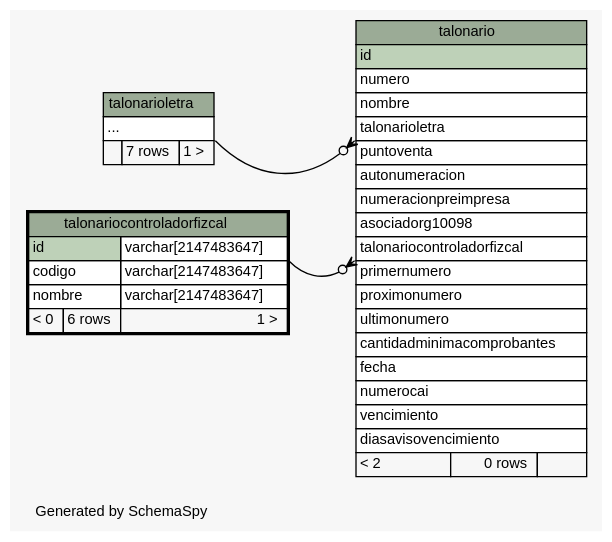
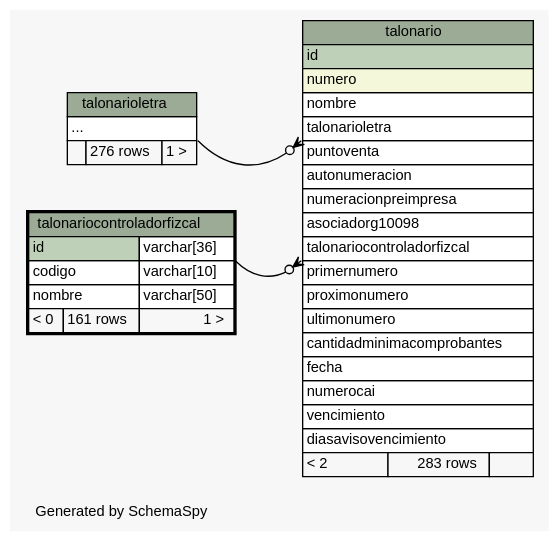
Before and after one commit to diegopablomansilla/massoftware_front: the diagram in postgresql/schemaSpy/salida/diagrams/talonariocontroladorfizcal.2degrees.dot, drawn with Graphviz. The commit also changed 162 other files, not shown here.

```diff
--- a/postgresql/schemaSpy/salida/diagrams/talonariocontroladorfizcal.2degrees.dot
+++ b/postgresql/schemaSpy/salida/diagrams/talonariocontroladorfizcal.2degrees.dot
@@ -1,72 +1,72 @@
 // dot 2.2.1 on Windows 10 10.0
 // SchemaSpy rev 590
 digraph "twoDegreesRelationshipsDiagram" {
   graph [
     rankdir="RL"
     bgcolor="#f7f7f7"
     label="\nGenerated by SchemaSpy"
     labeljust="l"
     nodesep="0.18"
     ranksep="0.46"
     fontname="Helvetica"
     fontsize="11"
   ];
   node [
     fontname="Helvetica"
     fontsize="11"
     shape="plaintext"
   ];
   edge [
     arrowsize="0.8"
   ];
   "talonario":"talonariocontroladorfizcal":sw -> "talonariocontroladorfizcal":"id.type":se [arrowhead=none dir=back arrowtail=crowodot];
   "talonario":"talonarioletra":sw -> "talonarioletra":"elipses":se [arrowhead=none dir=back arrowtail=crowodot];
   "talonario" [
     label=<
     <TABLE BORDER="0" CELLBORDER="1" CELLSPACING="0" BGCOLOR="#ffffff">
       <TR><TD COLSPAN="3" BGCOLOR="#9bab96" ALIGN="CENTER">talonario</TD></TR>
       <TR><TD PORT="id" COLSPAN="3" BGCOLOR="#bed1b8" ALIGN="LEFT">id</TD></TR>
-      <TR><TD PORT="numero" COLSPAN="3" ALIGN="LEFT">numero</TD></TR>
+      <TR><TD PORT="numero" COLSPAN="3" BGCOLOR="#f4f7da" ALIGN="LEFT">numero</TD></TR>
       <TR><TD PORT="nombre" COLSPAN="3" ALIGN="LEFT">nombre</TD></TR>
       <TR><TD PORT="talonarioletra" COLSPAN="3" ALIGN="LEFT">talonarioletra</TD></TR>
       <TR><TD PORT="puntoventa" COLSPAN="3" ALIGN="LEFT">puntoventa</TD></TR>
       <TR><TD PORT="autonumeracion" COLSPAN="3" ALIGN="LEFT">autonumeracion</TD></TR>
       <TR><TD PORT="numeracionpreimpresa" COLSPAN="3" ALIGN="LEFT">numeracionpreimpresa</TD></TR>
       <TR><TD PORT="asociadorg10098" COLSPAN="3" ALIGN="LEFT">asociadorg10098</TD></TR>
       <TR><TD PORT="talonariocontroladorfizcal" COLSPAN="3" ALIGN="LEFT">talonariocontroladorfizcal</TD></TR>
       <TR><TD PORT="primernumero" COLSPAN="3" ALIGN="LEFT">primernumero</TD></TR>
       <TR><TD PORT="proximonumero" COLSPAN="3" ALIGN="LEFT">proximonumero</TD></TR>
       <TR><TD PORT="ultimonumero" COLSPAN="3" ALIGN="LEFT">ultimonumero</TD></TR>
       <TR><TD PORT="cantidadminimacomprobantes" COLSPAN="3" ALIGN="LEFT">cantidadminimacomprobantes</TD></TR>
       <TR><TD PORT="fecha" COLSPAN="3" ALIGN="LEFT">fecha</TD></TR>
       <TR><TD PORT="numerocai" COLSPAN="3" ALIGN="LEFT">numerocai</TD></TR>
       <TR><TD PORT="vencimiento" COLSPAN="3" ALIGN="LEFT">vencimiento</TD></TR>
       <TR><TD PORT="diasavisovencimiento" COLSPAN="3" ALIGN="LEFT">diasavisovencimiento</TD></TR>
-      <TR><TD ALIGN="LEFT" BGCOLOR="#f7f7f7">&lt; 2</TD><TD ALIGN="RIGHT" BGCOLOR="#f7f7f7">0 rows</TD><TD ALIGN="RIGHT" BGCOLOR="#f7f7f7">  </TD></TR>
+      <TR><TD ALIGN="LEFT" BGCOLOR="#f7f7f7">&lt; 2</TD><TD ALIGN="RIGHT" BGCOLOR="#f7f7f7">283 rows</TD><TD ALIGN="RIGHT" BGCOLOR="#f7f7f7">  </TD></TR>
     </TABLE>>
     URL="talonario.html"
     tooltip="talonario"
   ];
   "talonariocontroladorfizcal" [
     label=<
     <TABLE BORDER="2" CELLBORDER="1" CELLSPACING="0" BGCOLOR="#ffffff">
       <TR><TD COLSPAN="3" BGCOLOR="#9bab96" ALIGN="CENTER">talonariocontroladorfizcal</TD></TR>
-      <TR><TD PORT="id" COLSPAN="2" BGCOLOR="#bed1b8" ALIGN="LEFT">id</TD><TD PORT="id.type" ALIGN="LEFT">varchar[2147483647]</TD></TR>
-      <TR><TD PORT="codigo" COLSPAN="2" ALIGN="LEFT">codigo</TD><TD PORT="codigo.type" ALIGN="LEFT">varchar[2147483647]</TD></TR>
-      <TR><TD PORT="nombre" COLSPAN="2" ALIGN="LEFT">nombre</TD><TD PORT="nombre.type" ALIGN="LEFT">varchar[2147483647]</TD></TR>
-      <TR><TD ALIGN="LEFT" BGCOLOR="#f7f7f7">&lt; 0</TD><TD ALIGN="RIGHT" BGCOLOR="#f7f7f7">6 rows</TD><TD ALIGN="RIGHT" BGCOLOR="#f7f7f7">1 &gt;</TD></TR>
+      <TR><TD PORT="id" COLSPAN="2" BGCOLOR="#bed1b8" ALIGN="LEFT">id</TD><TD PORT="id.type" ALIGN="LEFT">varchar[36]</TD></TR>
+      <TR><TD PORT="codigo" COLSPAN="2" ALIGN="LEFT">codigo</TD><TD PORT="codigo.type" ALIGN="LEFT">varchar[10]</TD></TR>
+      <TR><TD PORT="nombre" COLSPAN="2" ALIGN="LEFT">nombre</TD><TD PORT="nombre.type" ALIGN="LEFT">varchar[50]</TD></TR>
+      <TR><TD ALIGN="LEFT" BGCOLOR="#f7f7f7">&lt; 0</TD><TD ALIGN="RIGHT" BGCOLOR="#f7f7f7">161 rows</TD><TD ALIGN="RIGHT" BGCOLOR="#f7f7f7">1 &gt;</TD></TR>
     </TABLE>>
     URL="talonariocontroladorfizcal.html"
     tooltip="talonariocontroladorfizcal"
   ];
   "talonarioletra" [
     label=<
     <TABLE BORDER="0" CELLBORDER="1" CELLSPACING="0" BGCOLOR="#ffffff">
       <TR><TD COLSPAN="3" BGCOLOR="#9bab96" ALIGN="CENTER">talonarioletra</TD></TR>
       <TR><TD PORT="elipses" COLSPAN="3" ALIGN="LEFT">...</TD></TR>
-      <TR><TD ALIGN="LEFT" BGCOLOR="#f7f7f7">  </TD><TD ALIGN="RIGHT" BGCOLOR="#f7f7f7">7 rows</TD><TD ALIGN="RIGHT" BGCOLOR="#f7f7f7">1 &gt;</TD></TR>
+      <TR><TD ALIGN="LEFT" BGCOLOR="#f7f7f7">  </TD><TD ALIGN="RIGHT" BGCOLOR="#f7f7f7">276 rows</TD><TD ALIGN="RIGHT" BGCOLOR="#f7f7f7">1 &gt;</TD></TR>
     </TABLE>>
     URL="talonarioletra.html"
     tooltip="talonarioletra"
   ];
 }
```
